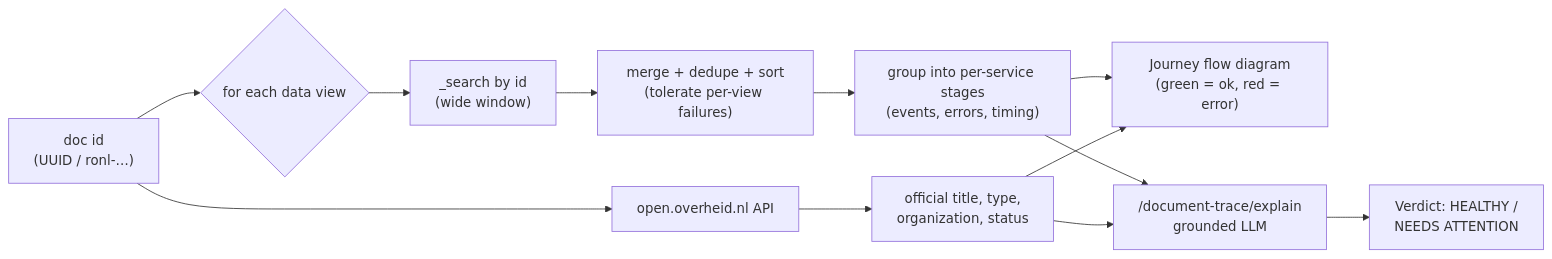
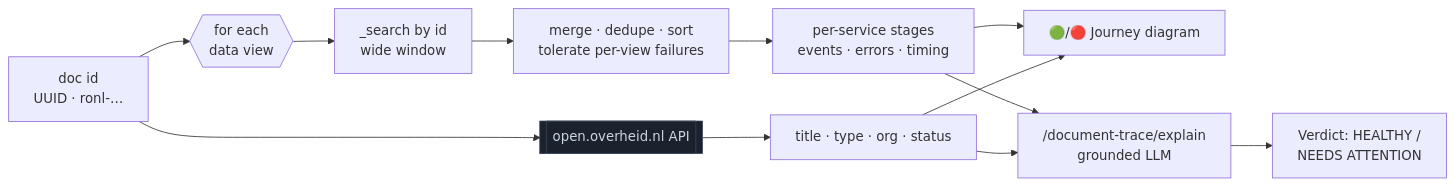
Before and after one commit to virimbo/kibana-oo: the sixth of 8 diagrams in docs/KIBANA-OO/Architecture.md, drawn with Mermaid. The commit also changed other lines of this file, not shown here.

First line of the commit message:
docs(architecture): polish — themed diagrams, resilience + triage, quality scorecard

````diff
--- a/docs/KIBANA-OO/Architecture.md
+++ b/docs/KIBANA-OO/Architecture.md
@@ -186,16 +232,19 @@
 ```mermaid
 flowchart LR
-    id["doc id<br/>(UUID / ronl-…)"] --> dv{"for each data view"}
-    dv --> q["_search by id<br/>(wide window)"]
-    q --> merge["merge + dedupe + sort<br/>(tolerate per-view failures)"]
-    merge --> stages["group into per-service stages<br/>(events, errors, timing)"]
+    id["doc id<br/>UUID · ronl-…"] --> dv{{for each<br/>data view}}
+    dv --> q["_search by id<br/>wide window"]
+    q --> merge["merge · dedupe · sort<br/>tolerate per-view failures"]
+    merge --> stages["per-service stages<br/>events · errors · timing"]
 
-    id --> portal["open.overheid.nl API"]
-    portal --> meta["official title, type,<br/>organization, status"]
+    id --> portal[["open.overheid.nl API"]]
+    portal --> meta["title · type · org · status"]
 
-    stages --> ui["Journey flow diagram<br/>(green = ok, red = error)"]
+    stages --> ui["🟢/🔴 Journey diagram"]
     meta --> ui
     stages --> ai["/document-trace/explain<br/>grounded LLM"]
     meta --> ai
     ai --> verdict["Verdict: HEALTHY /<br/>NEEDS ATTENTION"]
+
+    classDef ext fill:#1b222e,stroke:#3a4659,color:#cbd5e1;
+    class portal ext;
 ```
````
